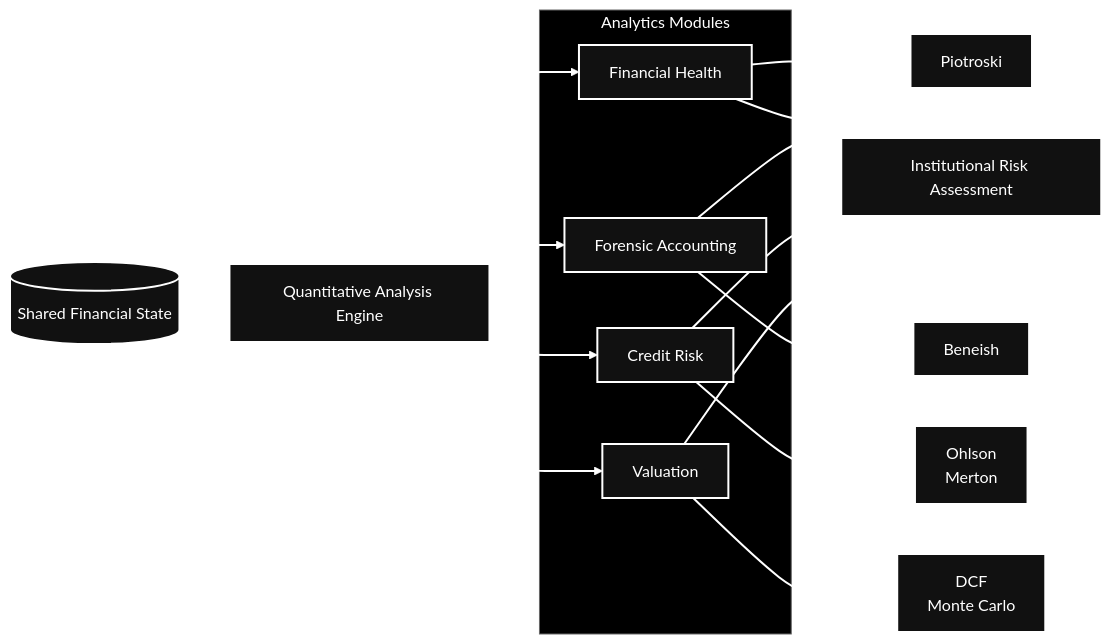
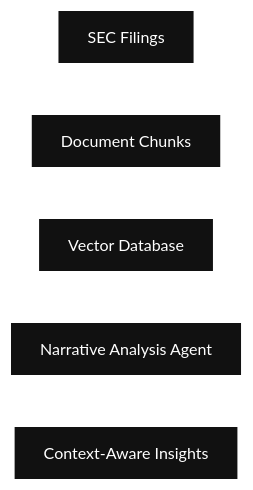
The diagram in README.md (Shiva498689/GDG_PS), drawn with Mermaid (forest theme) before and after one commit.

````diff
--- a/README.md
+++ b/README.md
@@ -1,49 +1,24 @@
 ```mermaid
-flowchart LR
+flowchart TB
 
-    STATE[(Shared Financial State)]
+    FILINGS["SEC Filings"]
 
-    AGENT["Quantitative Analysis Engine"]
+    CHUNKS["Document Chunks"]
 
-    subgraph ANALYTICS["Analytics Modules"]
+    VECTOR["Vector Database"]
 
-        HEALTH["Financial Health"]
+    AGENT["Narrative Analysis Agent"]
 
-        FORENSICS["Forensic Accounting"]
+    INSIGHTS["Context-Aware Insights"]
 
-        CREDIT["Credit Risk"]
-
-        VAL["Valuation"]
-
-    end
-
-    OUTPUT["Institutional Risk Assessment"]
-
-    STATE --> AGENT
-
-    AGENT --> HEALTH
-    AGENT --> FORENSICS
-    AGENT --> CREDIT
-    AGENT --> VAL
-
-    HEALTH --- HEALTH_M["Piotroski"]
-
-    FORENSICS --- FORENSICS_M["Beneish"]
-
-    CREDIT --- CREDIT_M["Ohlson<br/>Merton"]
-
-    VAL --- VAL_M["DCF<br/>Monte Carlo"]
-
-    HEALTH --> OUTPUT
-    FORENSICS --> OUTPUT
-    CREDIT --> OUTPUT
-    VAL --> OUTPUT
+    FILINGS --> CHUNKS
+    CHUNKS --> VECTOR
+    VECTOR --> AGENT
+    AGENT --> INSIGHTS
 
     classDef dark fill:#111111,stroke:#FFFFFF,color:#FFFFFF,stroke-width:2px;
 
-    class STATE,AGENT,HEALTH,FORENSICS,CREDIT,VAL,OUTPUT,HEALTH_M,FORENSICS_M,CREDIT_M,VAL_M dark;
-
-    style ANALYTICS fill:#000000,stroke:#666666,color:#FFFFFF
+    class FILINGS,CHUNKS,VECTOR,AGENT,INSIGHTS dark;
 
     linkStyle default stroke:#FFFFFF,stroke-width:2px
 ```
````
